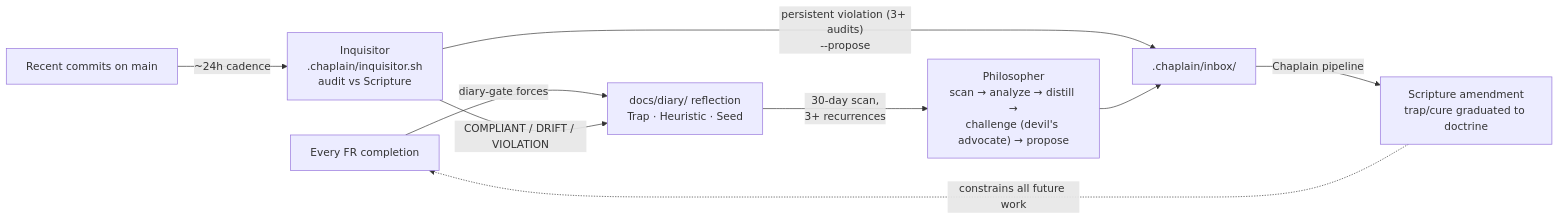
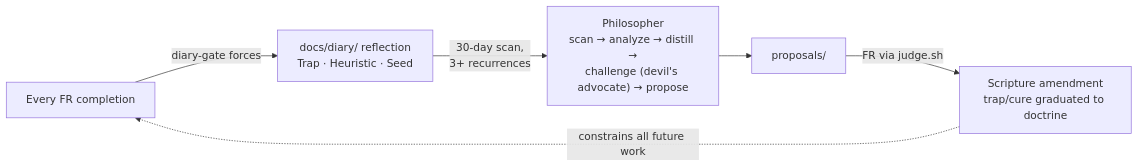
Before and after one commit to sheikkinen/yamlgraph: the fourth of 4 diagrams in docs/development-process.md, drawn with Mermaid. The commit also changed other lines of this file and 17 other files, not shown here.

First line of the commit message:
docs(doctrine): FR-1019 doctrine and reference sweep after Chaplain removal (Phase 3 of FR-1010) (#632)

````diff
--- a/docs/development-process.md
+++ b/docs/development-process.md
@@ -296,11 +256,8 @@
 ```mermaid
 flowchart LR
     WORK[Every FR completion] -->|diary-gate forces| DIARY["docs/diary/ reflection<br/>Trap · Heuristic · Seed"]
-    MAIN[Recent commits on main] -->|~24h cadence| INQ["Inquisitor<br/>.chaplain/inquisitor.sh<br/>audit vs Scripture"]
-    INQ -->|COMPLIANT / DRIFT / VIOLATION| DIARY
-    INQ -->|"persistent violation (3+ audits)<br/>--propose"| INBOX[.chaplain/inbox/]
     DIARY -->|30-day scan,<br/>3+ recurrences| PHIL["Philosopher<br/>scan → analyze → distill →<br/>challenge (devil's advocate) → propose"]
-    PHIL --> INBOX
-    INBOX -->|Chaplain pipeline| SCRIPT["Scripture amendment<br/>trap/cure graduated to doctrine"]
+    PHIL --> INBOX[proposals/]
+    INBOX -->|FR via judge.sh| SCRIPT["Scripture amendment<br/>trap/cure graduated to doctrine"]
     SCRIPT -.->|constrains all future work| WORK
 ```
````
